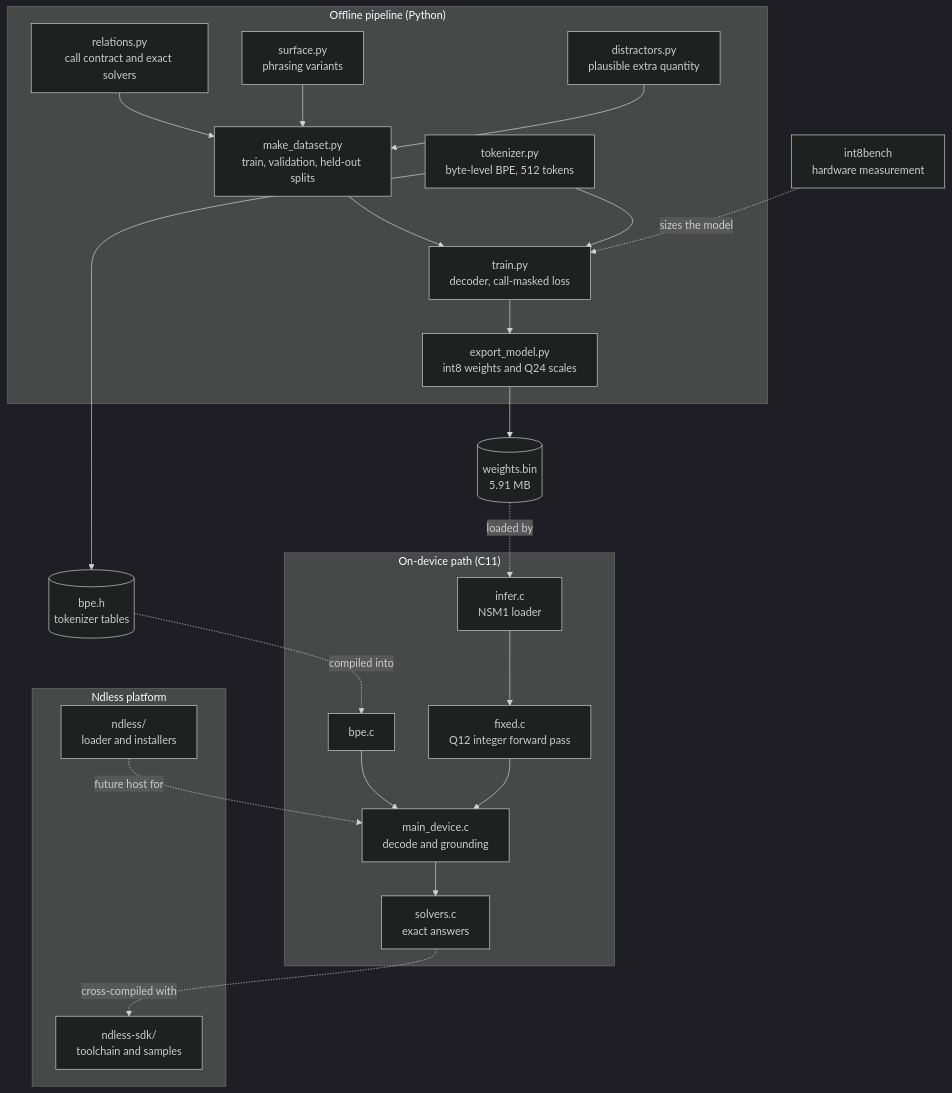
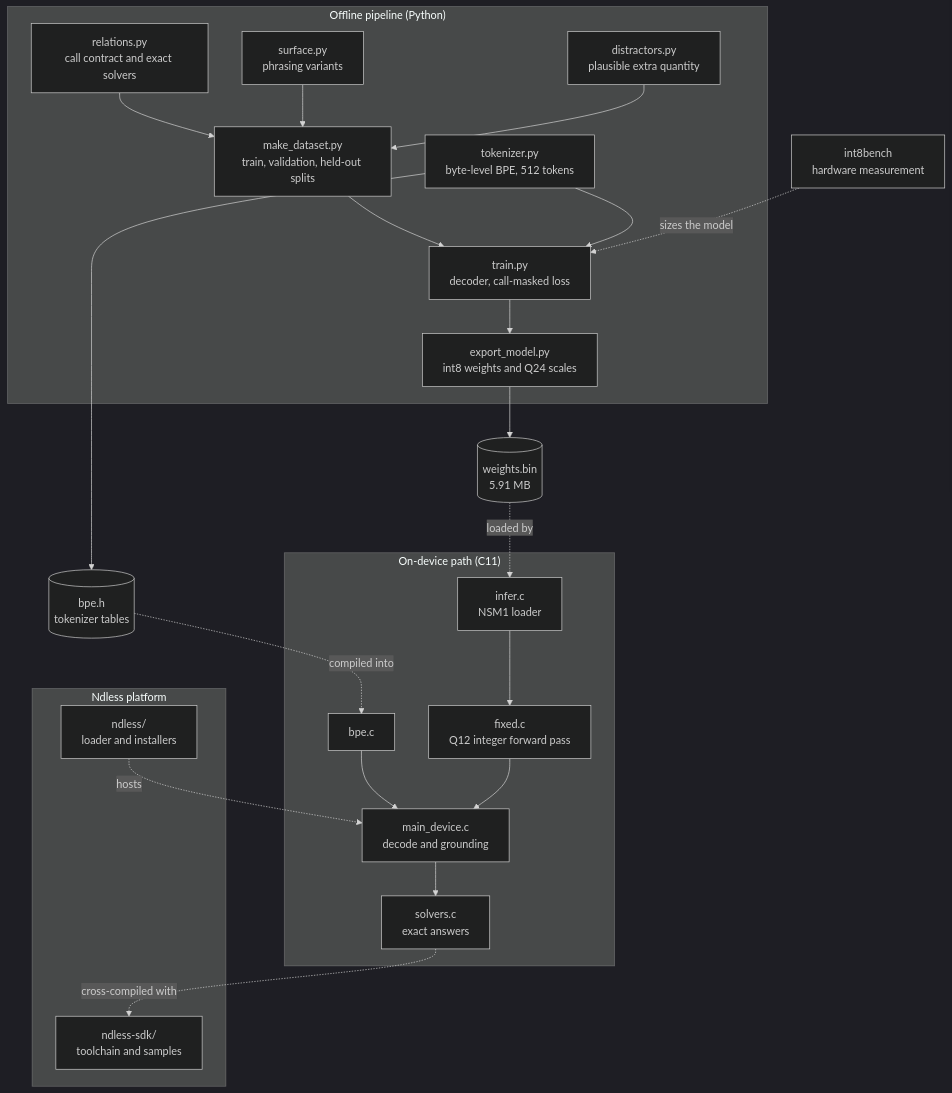
Before and after one commit to exterminatorrat/NdlessAI: the second of 2 diagrams in README.md, drawn with Mermaid (dark theme). The commit also changed other lines of this file and 4 other files, not shown here.

````diff
--- a/README.md
+++ b/README.md
@@ -76,47 +76,47 @@
 ```mermaid
 flowchart TB
   subgraph offline["Offline pipeline (Python)"]
     Rel["relations.py<br/>call contract and exact solvers"]
     Surf["surface.py<br/>phrasing variants"]
     Dist["distractors.py<br/>plausible extra quantity"]
     Data["make_dataset.py<br/>train, validation, held-out splits"]
     Tok["tokenizer.py<br/>byte-level BPE, 512 tokens"]
     Train["train.py<br/>decoder, call-masked loss"]
     Exp["export_model.py<br/>int8 weights and Q24 scales"]
     Rel --> Data
     Surf --> Data
     Dist --> Data
     Data --> Train
     Tok --> Train
     Train --> Exp
   end
 
   subgraph runtime["On-device path (C11)"]
     BPE["bpe.c"]
     Fixed["fixed.c<br/>Q12 integer forward pass"]
     Inf["infer.c<br/>NSM1 loader"]
     Main["main_device.c<br/>decode and grounding"]
     Solv["solvers.c<br/>exact answers"]
     BPE --> Main
     Inf --> Fixed
     Fixed --> Main
     Main --> Solv
   end
 
   subgraph ndless["Ndless platform"]
     Loader["ndless/<br/>loader and installers"]
     SDK["ndless-sdk/<br/>toolchain and samples"]
   end
 
   W[("weights.bin<br/>5.91 MB")]
   H[("bpe.h<br/>tokenizer tables")]
   Bench["int8bench<br/>hardware measurement"]
 
   Exp --> W
   Tok --> H
   W -. loaded by .-> Inf
   H -. compiled into .-> BPE
   Solv -. cross-compiled with .-> SDK
   Bench -. sizes the model .-> Train
-  Loader -. future host for .-> Main
+  Loader -. hosts .-> Main
 ```
````
